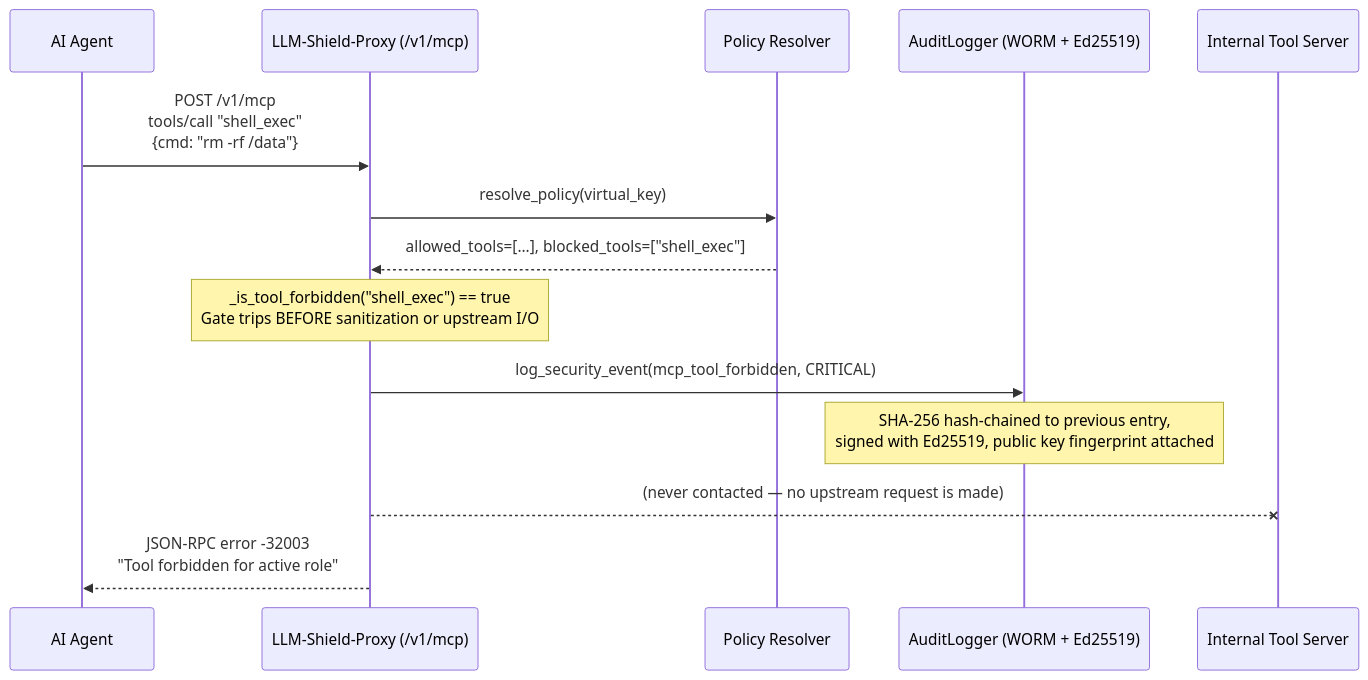
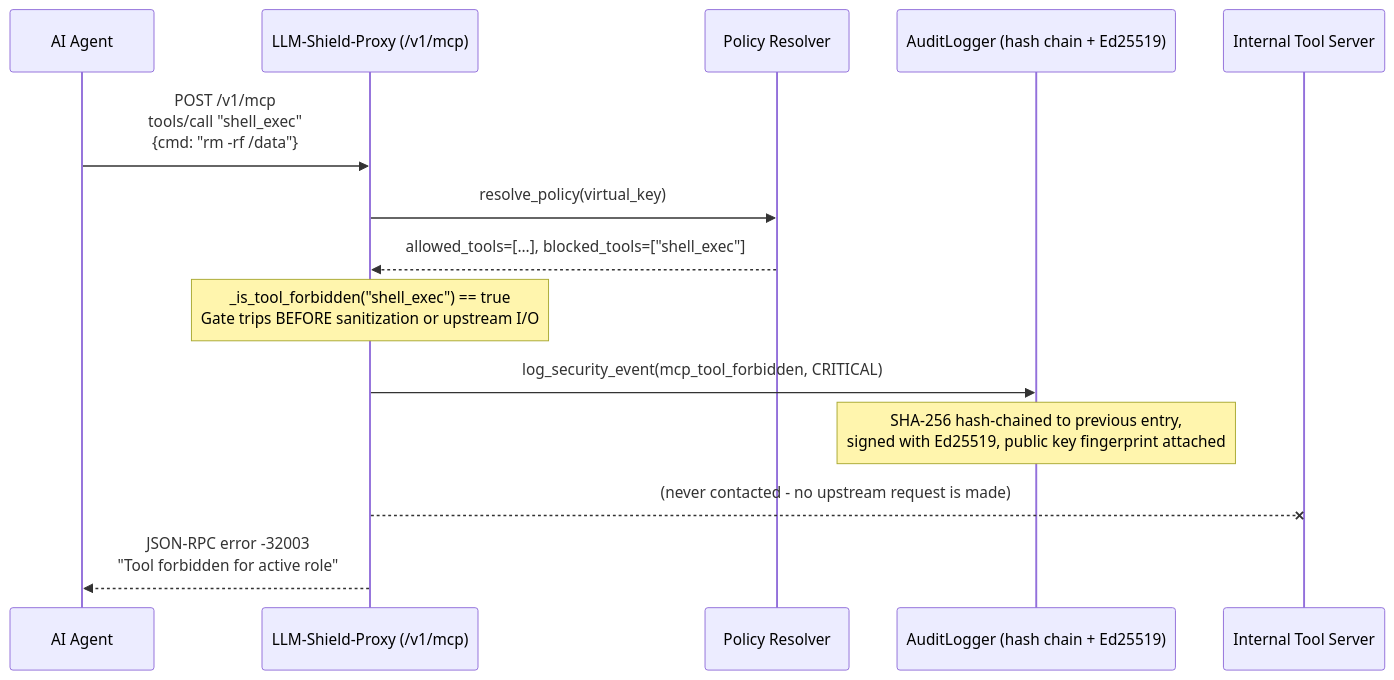
One commit to ninadphalak/LLM-Shield-Proxy changed the second of 3 diagrams in website/docs/guides/mcp-tool-governance.md. Above: the diagram before and after it, drawn with Mermaid. The commit also changed other lines of this file and 103 other files, not shown here.

````diff
--- a/website/docs/guides/mcp-tool-governance.md
+++ b/website/docs/guides/mcp-tool-governance.md
@@ -66,17 +66,17 @@
 ```mermaid
 sequenceDiagram
     participant Agent as AI Agent
     participant Shield as LLM-Shield-Proxy (/v1/mcp)
     participant RBAC as Policy Resolver
-    participant Audit as AuditLogger (WORM + Ed25519)
+    participant Audit as AuditLogger (hash chain + Ed25519)
     participant Tool as Internal Tool Server
 
     Agent->>Shield: POST /v1/mcp<br/>tools/call "shell_exec"<br/>{cmd: "rm -rf /data"}
     Shield->>RBAC: resolve_policy(virtual_key)
     RBAC-->>Shield: allowed_tools=[...], blocked_tools=["shell_exec"]
     Note over Shield: _is_tool_forbidden("shell_exec") == true<br/>Gate trips BEFORE sanitization or upstream I/O
     Shield->>Audit: log_security_event(mcp_tool_forbidden, CRITICAL)
     Note over Audit: SHA-256 hash-chained to previous entry,<br/>signed with Ed25519, public key fingerprint attached
-    Shield--xTool: (never contacted — no upstream request is made)
+    Shield--xTool: (never contacted - no upstream request is made)
     Shield-->>Agent: JSON-RPC error -32003<br/>"Tool forbidden for active role"
 ```
````
